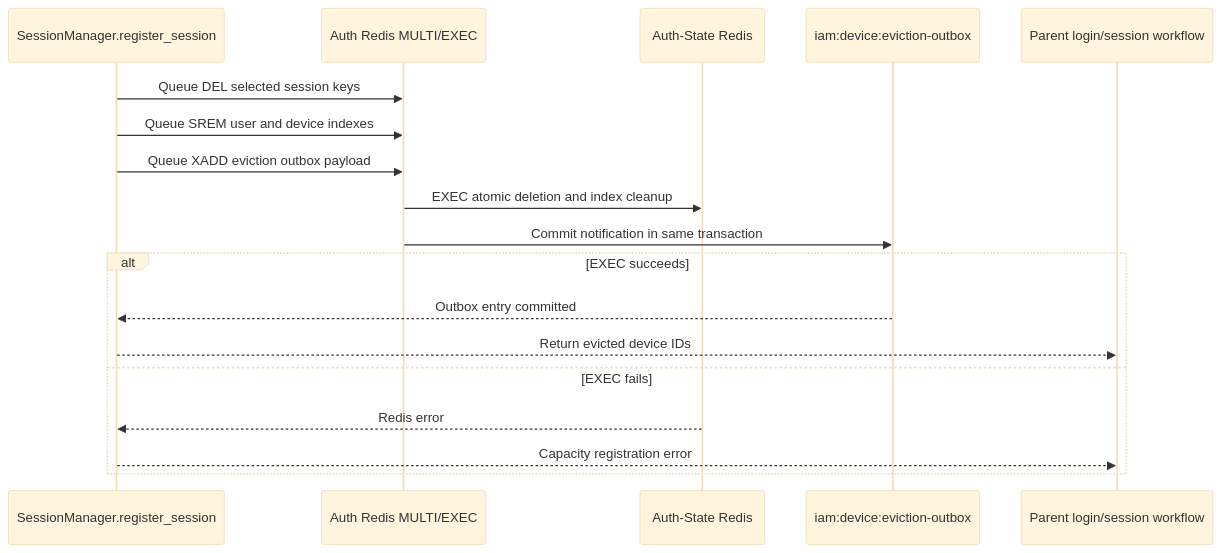
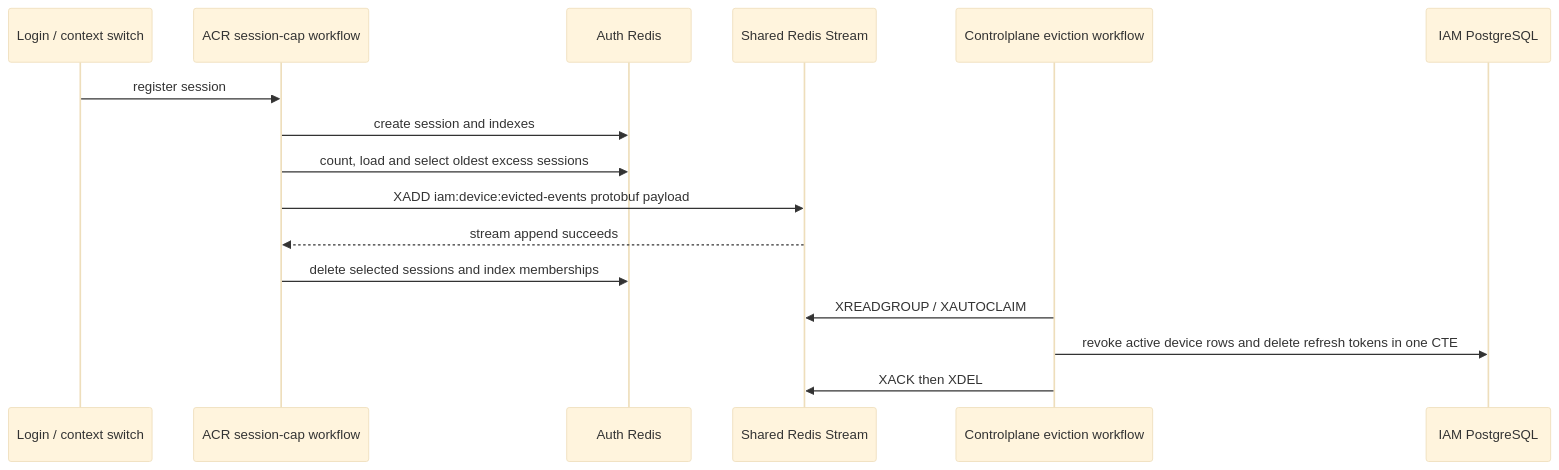
Before and after one commit to phucle996/aurora: the diagram in god_view/iam/device_session_capacity_eviction_god_view_workflow.md, drawn with Mermaid (base theme). The commit also changed other lines of this file and 14 other files, not shown here.

Commit message:
fix(acr): reclaim device revocations and emit eviction streams directly

````diff
--- a/god_view/iam/device_session_capacity_eviction_god_view_workflow.md
+++ b/god_view/iam/device_session_capacity_eviction_god_view_workflow.md
@@ -120,21 +38,19 @@
 ```mermaid
 sequenceDiagram
-    participant Register as SessionManager.register_session
-    participant Pipe as Auth Redis MULTI/EXEC
-    participant Auth as Auth-State Redis
-    participant Outbox as iam:device:eviction-outbox
-    participant Parent as Parent login/session workflow
+    participant Parent as Login / context switch
+    participant ACR as ACR session-cap workflow
+    participant Auth as Auth Redis
+    participant Shared as Shared Redis Stream
+    participant CP as Controlplane eviction workflow
+    participant PG as IAM PostgreSQL
 
-    Register->>Pipe: Queue DEL selected session keys
-    Register->>Pipe: Queue SREM user and device indexes
-    Register->>Pipe: Queue XADD eviction outbox payload
-    Pipe->>Auth: EXEC atomic deletion and index cleanup
-    Pipe->>Outbox: Commit notification in same transaction
-    alt EXEC succeeds
-        Outbox-->>Register: Outbox entry committed
-        Register-->>Parent: Return evicted device IDs
-    else EXEC fails
-        Auth-->>Register: Redis error
-        Register-->>Parent: Capacity registration error
-    end
+    Parent->>ACR: register session
+    ACR->>Auth: create session and indexes
+    ACR->>Auth: count, load and select oldest excess sessions
+    ACR->>Shared: XADD iam:device:evicted-events protobuf payload
+    Shared-->>ACR: stream append succeeds
+    ACR->>Auth: delete selected sessions and index memberships
+    CP->>Shared: XREADGROUP / XAUTOCLAIM
+    CP->>PG: revoke active device rows and delete refresh tokens in one CTE
+    CP->>Shared: XACK then XDEL
 ```
````
